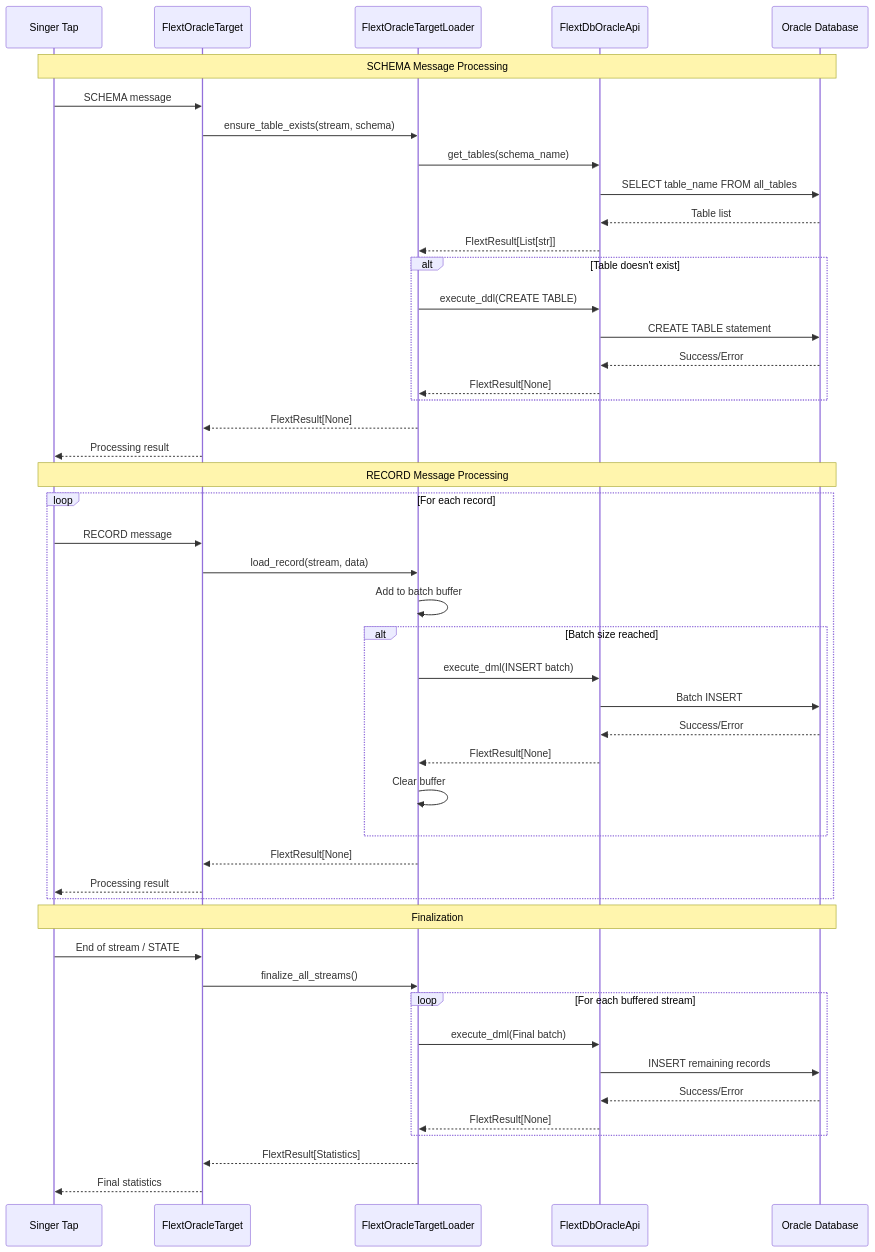
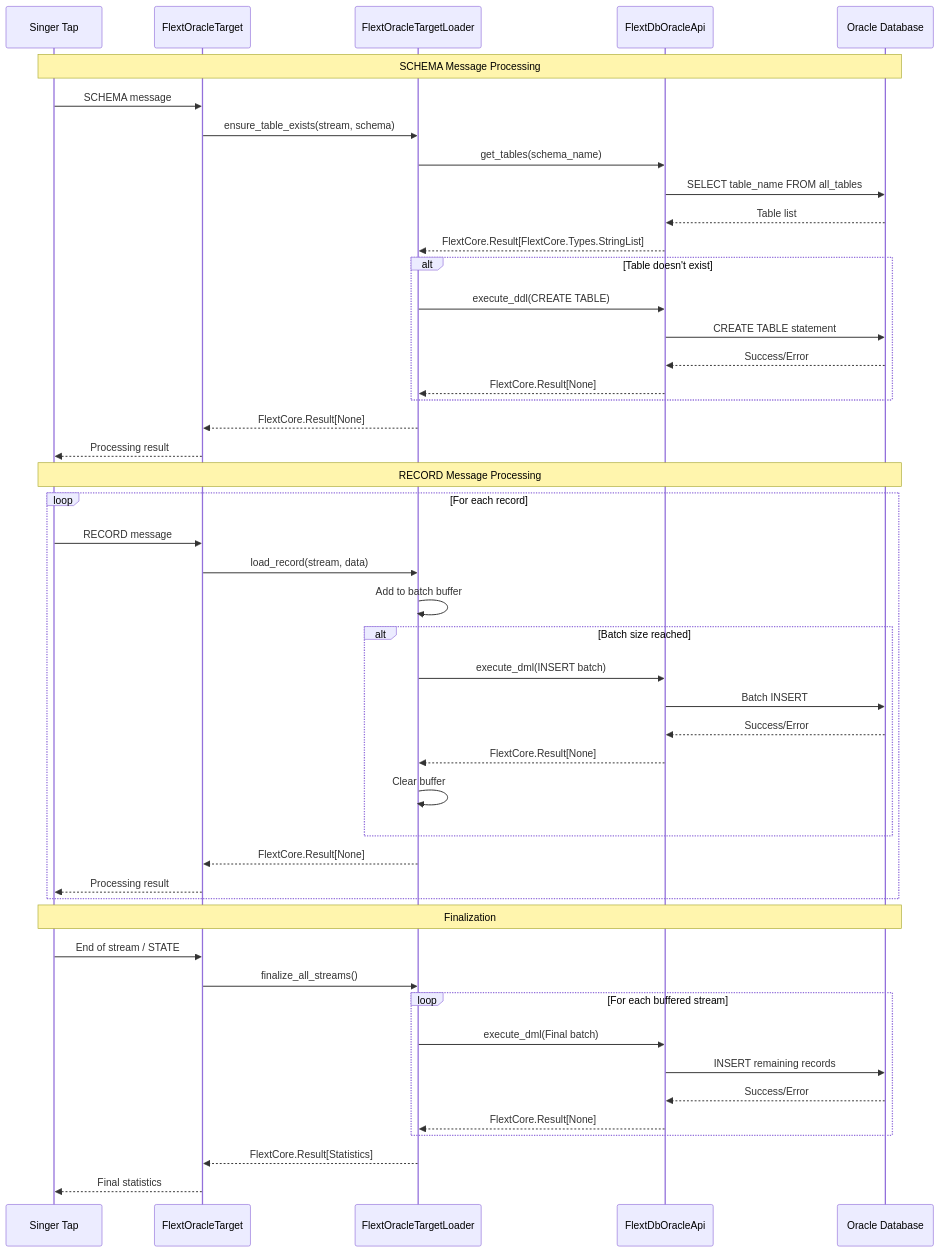
Before and after one commit to flext-sh/flext-target-oracle: the first of 3 diagrams in docs/architecture.md, drawn with Mermaid. The commit also changed other lines of this file and 31 other files, not shown here.

````diff
--- a/docs/architecture.md
+++ b/docs/architecture.md
@@ -166,58 +166,58 @@
 ```mermaid
 sequenceDiagram
     participant ST as Singer Tap
     participant FT as FlextOracleTarget
     participant FL as FlextOracleTargetLoader
     participant API as FlextDbOracleApi
     participant DB as Oracle Database
 
     Note over ST,DB: SCHEMA Message Processing
     ST->>FT: SCHEMA message
     FT->>FL: ensure_table_exists(stream, schema)
     FL->>API: get_tables(schema_name)
     API->>DB: SELECT table_name FROM all_tables
     DB-->>API: Table list
-    API-->>FL: FlextResult[List[str]]
+    API-->>FL: FlextCore.Result[FlextCore.Types.StringList]
 
     alt Table doesn't exist
         FL->>API: execute_ddl(CREATE TABLE)
         API->>DB: CREATE TABLE statement
         DB-->>API: Success/Error
-        API-->>FL: FlextResult[None]
+        API-->>FL: FlextCore.Result[None]
     end
 
-    FL-->>FT: FlextResult[None]
+    FL-->>FT: FlextCore.Result[None]
     FT-->>ST: Processing result
 
     Note over ST,DB: RECORD Message Processing
     loop For each record
         ST->>FT: RECORD message
         FT->>FL: load_record(stream, data)
         FL->>FL: Add to batch buffer
 
         alt Batch size reached
             FL->>API: execute_dml(INSERT batch)
             API->>DB: Batch INSERT
             DB-->>API: Success/Error
-            API-->>FL: FlextResult[None]
+            API-->>FL: FlextCore.Result[None]
             FL->>FL: Clear buffer
         end
 
-        FL-->>FT: FlextResult[None]
+        FL-->>FT: FlextCore.Result[None]
         FT-->>ST: Processing result
     end
 
     Note over ST,DB: Finalization
     ST->>FT: End of stream / STATE
     FT->>FL: finalize_all_streams()
 
     loop For each buffered stream
         FL->>API: execute_dml(Final batch)
         API->>DB: INSERT remaining records
         DB-->>API: Success/Error
-        API-->>FL: FlextResult[None]
+        API-->>FL: FlextCore.Result[None]
     end
 
-    FL-->>FT: FlextResult[Statistics]
+    FL-->>FT: FlextCore.Result[Statistics]
     FT-->>ST: Final statistics
 ```
````
